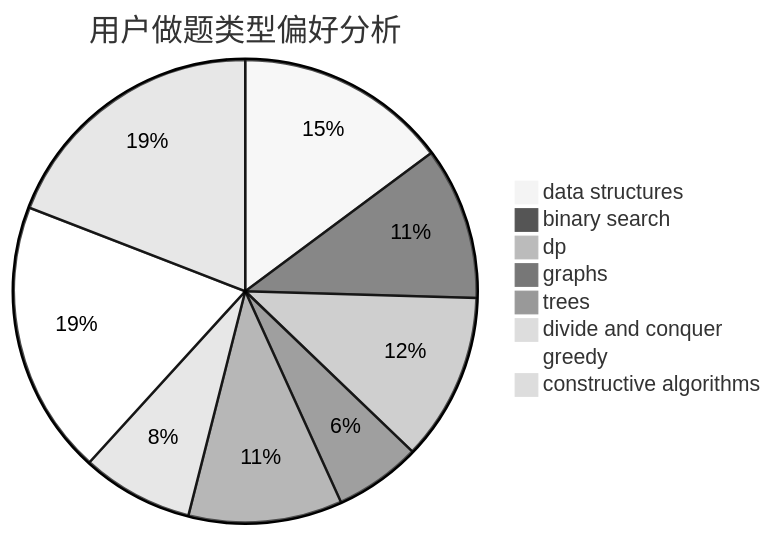
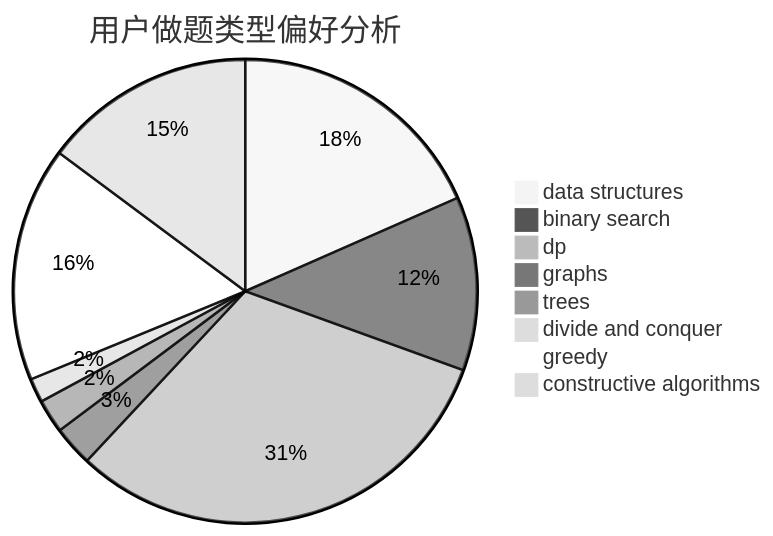
The second of 3 diagrams in docs/user/u331.md (sherpahu/cfrs.github.io), drawn with Mermaid (neutral theme) before and after one commit. The commit also changed other lines of this file and 2770 other files, not shown here.

````diff
--- a/docs/user/u331.md
+++ b/docs/user/u331.md
@@ -23,11 +23,11 @@
 ```mermaid
 pie title 用户做题类型偏好分析
-    "data structures" :  152
-    "binary search" :  109
-    "dp" :  120
-    "graphs" :  62
-    "trees" :  110
-    "divide and conquer" :  80
-    "greedy" :  196
-    "constructive algorithms" :  196
+    "data structures" :  164
+    "binary search" :  108
+    "dp" :  280
+    "graphs" :  25
+    "trees" :  21
+    "divide and conquer" :  15
+    "greedy" :  146
+    "constructive algorithms" :  132
 ```
````
